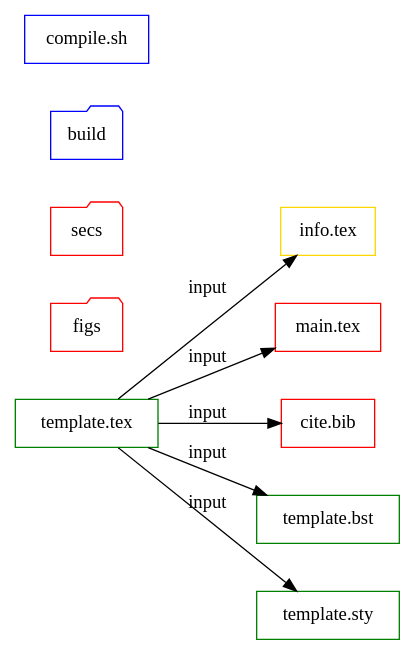
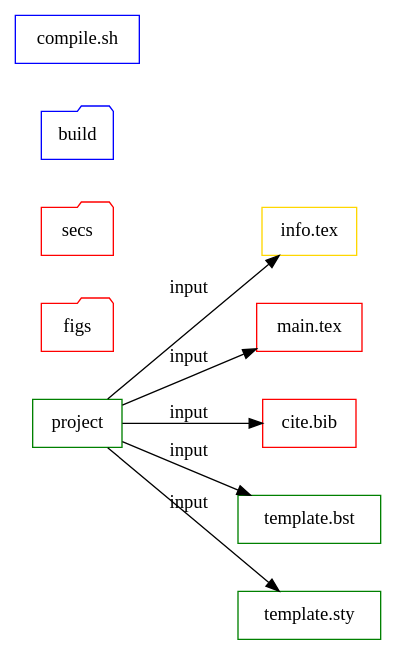
The diagram in texTemplate.org (bwtian/texTemplate), drawn with Graphviz before and after one commit. The commit also changed other lines of this file and 1 other file, not shown here.

Commit message:
- ‘.#texTemplate.org’ / ‘texTemplate.org’

```diff
--- a/texTemplate.org
+++ b/texTemplate.org
@@ -4,26 +4,26 @@
 #+BEGIN_SRC dot :file ./texTemplate.svg
   digraph {
   rankdir = LR
   fontname="Times";
   fontsize = 12;
   splines = false;
   ranksep = 0.5;
   nodesep = 0.5;
   node [shape = box]
   //1. set node
-  temp [label = "template.tex", color = green]
+  temp [label = "project", color = green]
   info [label = "info.tex", color = gold]
   main [label = "main.tex", color = red]
   bib [label = "cite.bib", color = red]
   bst [label = "template.bst", color = green]
   sty [label = "template.sty", color = green]
   fig [label = "figs", color=red, shape="folder"]
   sec [label = "secs", color=red, shape="folder"]
   build [label  = "build", color = blue, shape="folder"]
   gen [label = "compile.sh", color = blue]
   //2. set path
   temp -> {info,main, bib, bst, sty} [label = input]
   //3. set rank
 
   }
 #+END_SRC
```
